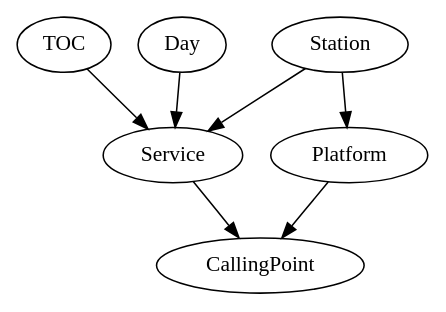
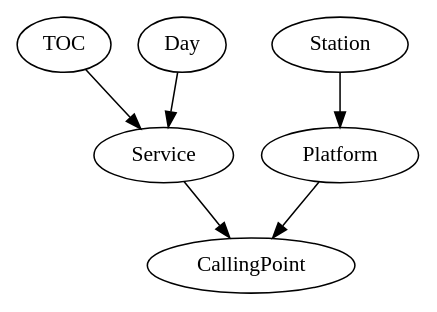
Before and after one commit to seawolf/departureboard-go: the diagram in doc/models.dot, drawn with Graphviz. The commit also changed 19 other files, not shown here.

```diff
--- a/doc/models.dot
+++ b/doc/models.dot
@@ -1,9 +1,8 @@
 digraph DepartureBoard {
   TOC -> Service
-  Station -> Service
   Station -> Platform
   Day -> Service
 
   Service -> CallingPoint
   Platform -> CallingPoint
 }
```
